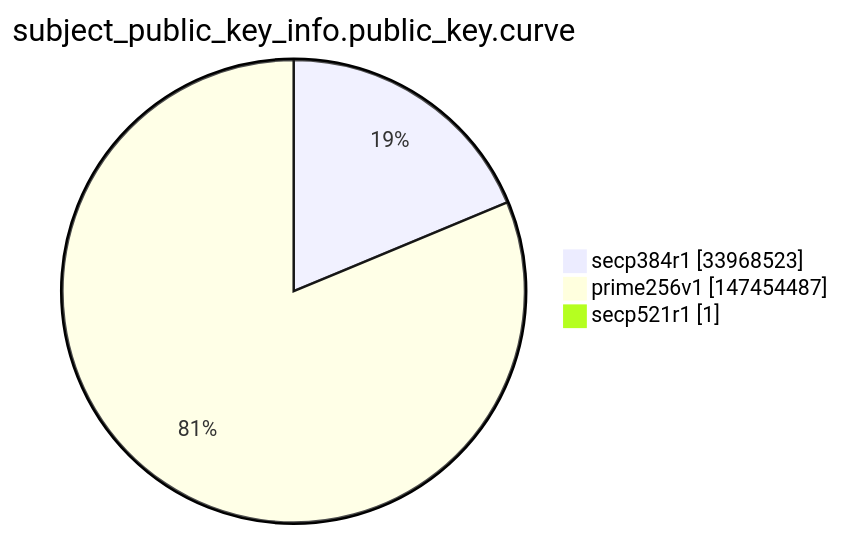
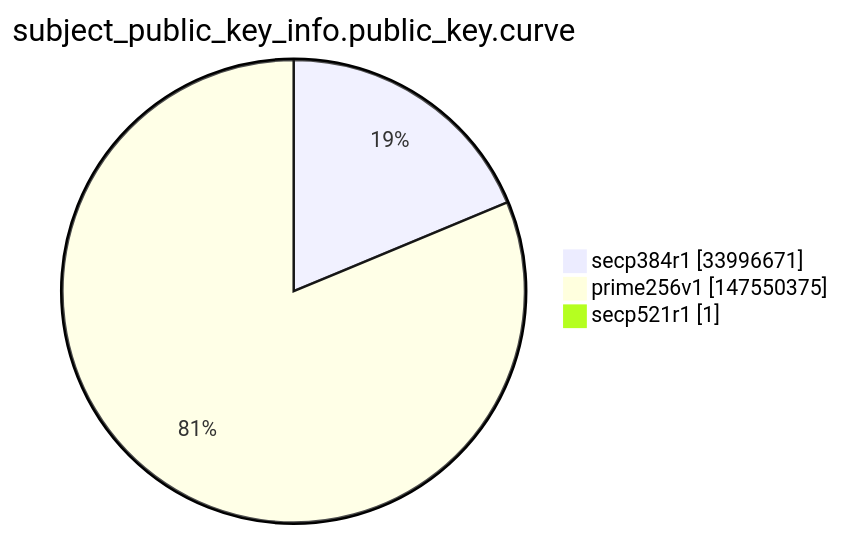
Before and after one commit to christiankrug/ctmonitor_visualization: the ninth of 15 diagrams in argon2022/README.md, drawn with Mermaid. The commit also changed other lines of this file, not shown here.

````diff
--- a/argon2022/README.md
+++ b/argon2022/README.md
@@ -2764,7 +2764,7 @@
 ```mermaid
 pie showData
 title subject_public_key_info.public_key.curve
-"secp384r1" :33968523
-"prime256v1" :147454487
+"secp384r1" :33996671
+"prime256v1" :147550375
 "secp521r1" :1
 ```
````
